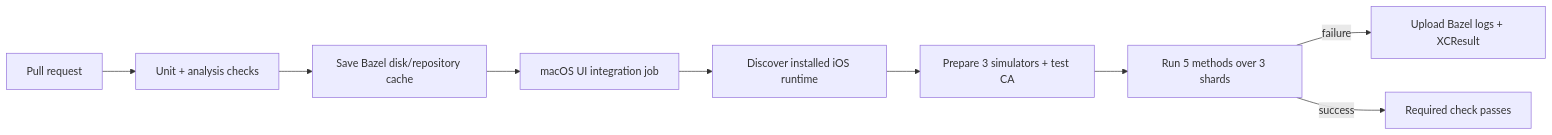
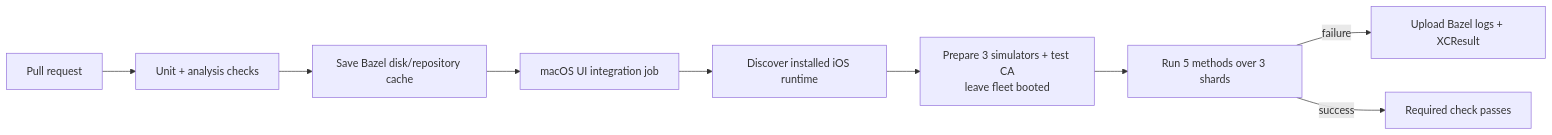
The fifth of 5 diagrams in README.md (ssarad/rules_simfleet), drawn with Mermaid before and after one commit. The commit also changed other lines of this file and 2 other files, not shown here.

````diff
--- a/README.md
+++ b/README.md
@@ -293,11 +293,11 @@
 ```mermaid
 flowchart LR
     PR["Pull request"] --> Unit["Unit + analysis checks"]
     Unit --> Cache["Save Bazel disk/repository cache"]
     Cache --> Mac["macOS UI integration job"]
     Mac --> Select["Discover installed iOS runtime"]
-    Select --> Prepare["Prepare 3 simulators + test CA"]
+    Select --> Prepare["Prepare 3 simulators + test CA<br/>leave fleet booted"]
     Prepare --> Test["Run 5 methods over 3 shards"]
     Test -->|failure| Artifacts["Upload Bazel logs + XCResult"]
     Test -->|success| Pass["Required check passes"]
 ```
````
